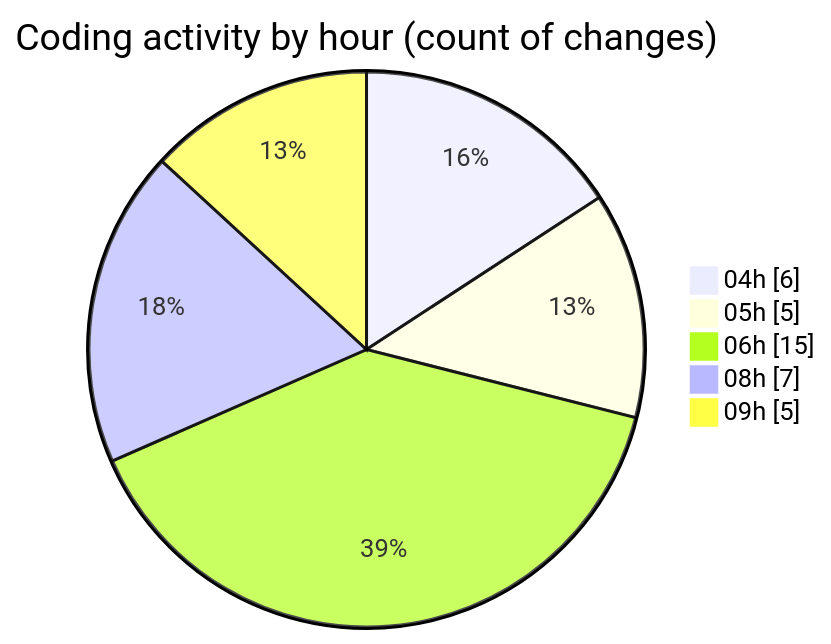
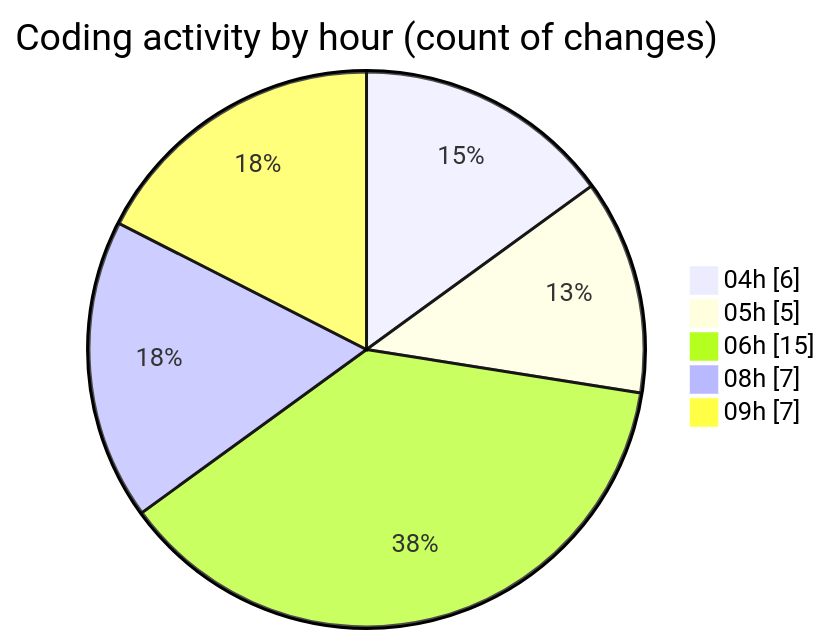
The second of 2 diagrams in 2025-03-23/zeytoon/README.md (vahidmafi/code-tracking), drawn with Mermaid before and after one commit. The commit also changed other lines of this file and 1 other file, not shown here.

````diff
--- a/2025-03-23/zeytoon/README.md
+++ b/2025-03-23/zeytoon/README.md
@@ -38,9 +38,9 @@
 ```mermaid
 pie showData
 title Coding activity by hour (count of changes)
 "04h" : 6
 "05h" : 5
 "06h" : 15
 "08h" : 7
-"09h" : 5
+"09h" : 7
 ```
````
